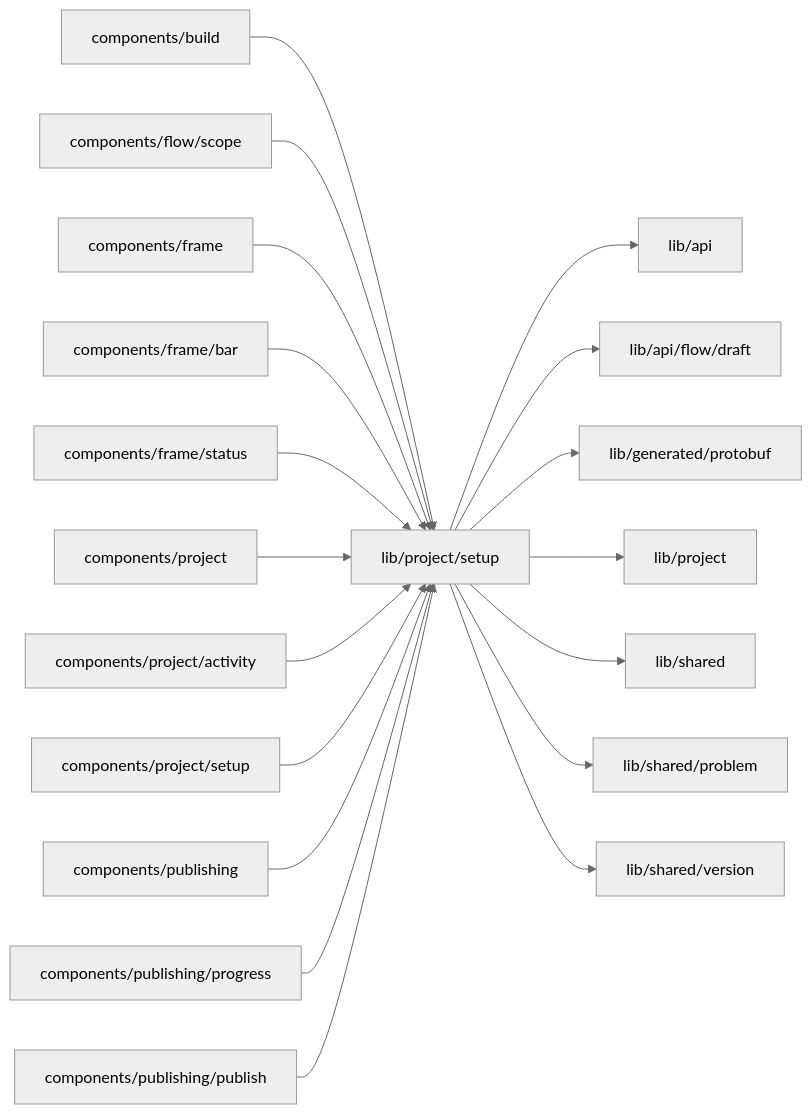
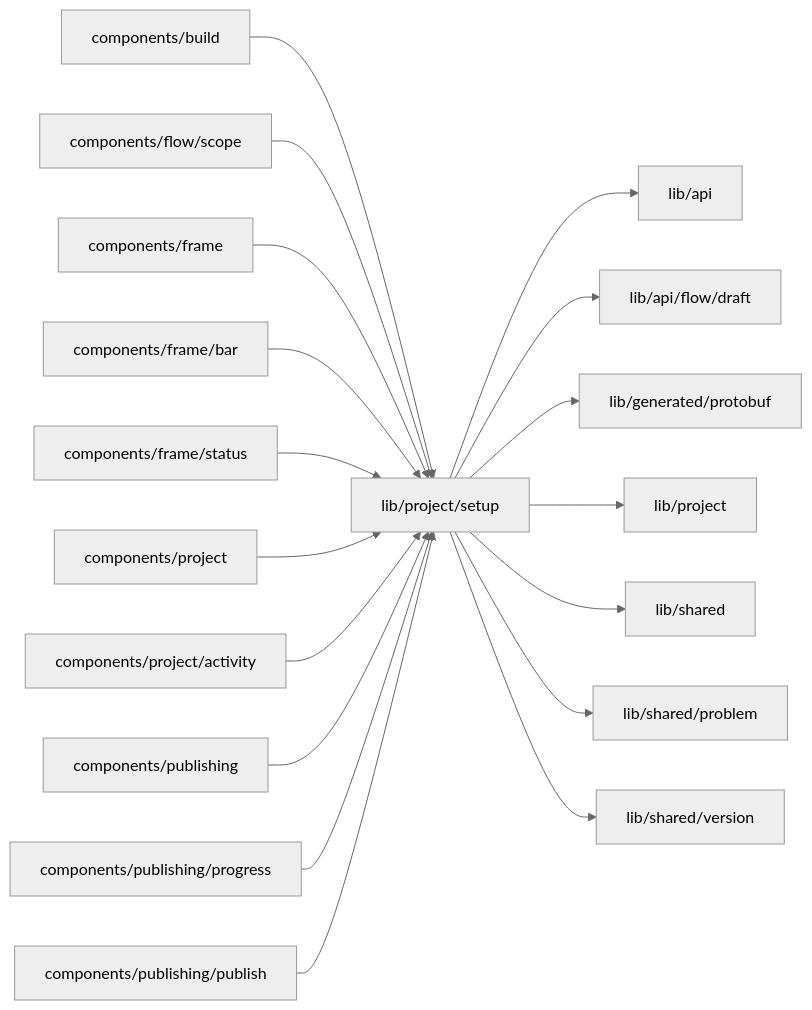
One commit to superdurable/superverse changed the diagram in web/studio/lib/project/setup/README.md. Above: the diagram before and after it, drawn with Mermaid (neutral theme). The commit also changed other lines of this file and 41 other files, not shown here.

First line of the commit message:
Studio: quieter Setup, build strip and chat; failures lead to Setup; one process opens its Flow

````diff
--- a/web/studio/lib/project/setup/README.md
+++ b/web/studio/lib/project/setup/README.md
@@ -10,22 +10,21 @@
 ```mermaid
 flowchart LR
   self["lib/project/setup"]
   c0["components/build"] --> self
   c1["components/flow/scope"] --> self
   c2["components/frame"] --> self
   c3["components/frame/bar"] --> self
   c4["components/frame/status"] --> self
   c5["components/project"] --> self
   c6["components/project/activity"] --> self
-  c7["components/project/setup"] --> self
-  c8["components/publishing"] --> self
-  c9["components/publishing/progress"] --> self
-  c10["components/publishing/publish"] --> self
+  c7["components/publishing"] --> self
+  c8["components/publishing/progress"] --> self
+  c9["components/publishing/publish"] --> self
   self --> d0["lib/api"]
   self --> d1["lib/api/flow/draft"]
   self --> d2["lib/generated/protobuf"]
   self --> d3["lib/project"]
   self --> d4["lib/shared"]
   self --> d5["lib/shared/problem"]
   self --> d6["lib/shared/version"]
 ```
````
